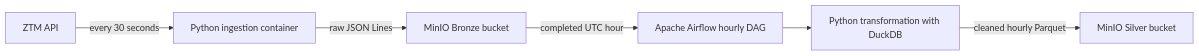
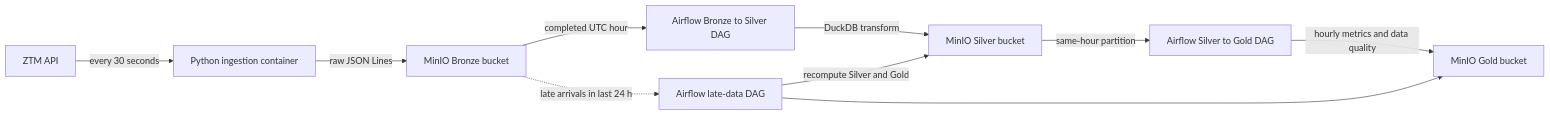
One commit to mati290/ZTM_data_proccesing changed the diagram in README.md. Above: the diagram before and after it, drawn with Mermaid. The commit also changed other lines of this file and 3 other files, not shown here.

First line of the commit message:
Disable hourly DAG catchup to prevent stale runs

````diff
--- a/README.md
+++ b/README.md
@@ -15,8 +17,12 @@
 ```mermaid
 flowchart LR
     API[ZTM API] -->|every 30 seconds| Ingest[Python ingestion container]
     Ingest -->|raw JSON Lines| Bronze[MinIO Bronze bucket]
-    Bronze -->|completed UTC hour| Airflow[Apache Airflow hourly DAG]
-    Airflow --> Transform[Python transformation with DuckDB]
-    Transform -->|cleaned hourly Parquet| Silver[MinIO Silver bucket]
+    Bronze -->|completed UTC hour| SilverDAG[Airflow Bronze to Silver DAG]
+    SilverDAG -->|DuckDB transform| Silver[MinIO Silver bucket]
+    Silver -->|same-hour partition| GoldDAG[Airflow Silver to Gold DAG]
+    GoldDAG -->|hourly metrics and data quality| Gold[MinIO Gold bucket]
+    Bronze -. late arrivals in last 24 h .-> LateDAG[Airflow late-data DAG]
+    LateDAG -->|recompute Silver and Gold| Silver
+    LateDAG --> Gold
 ```
````
